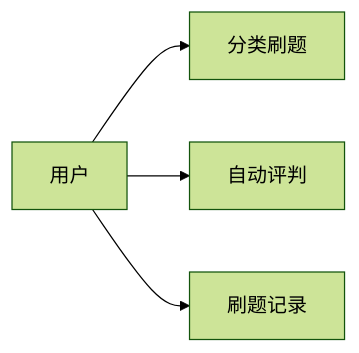
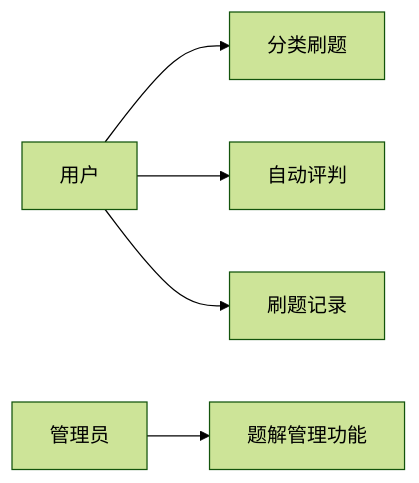
The second of 4 diagrams in docs/Requirements.md (SnapdragonLee/Newbee-English), drawn with Mermaid (forest theme) before and after one commit. The commit also changed other lines of this file, not shown here.

````diff
--- a/docs/Requirements.md
+++ b/docs/Requirements.md
@@ -270,6 +298,7 @@
 ```mermaid
 graph LR
 A[用户]-->C1[分类刷题]
 A-->C2[自动评判]
 A-->C3[刷题记录]
+B1[管理员]-->D1[题解管理功能]
 ```
````
